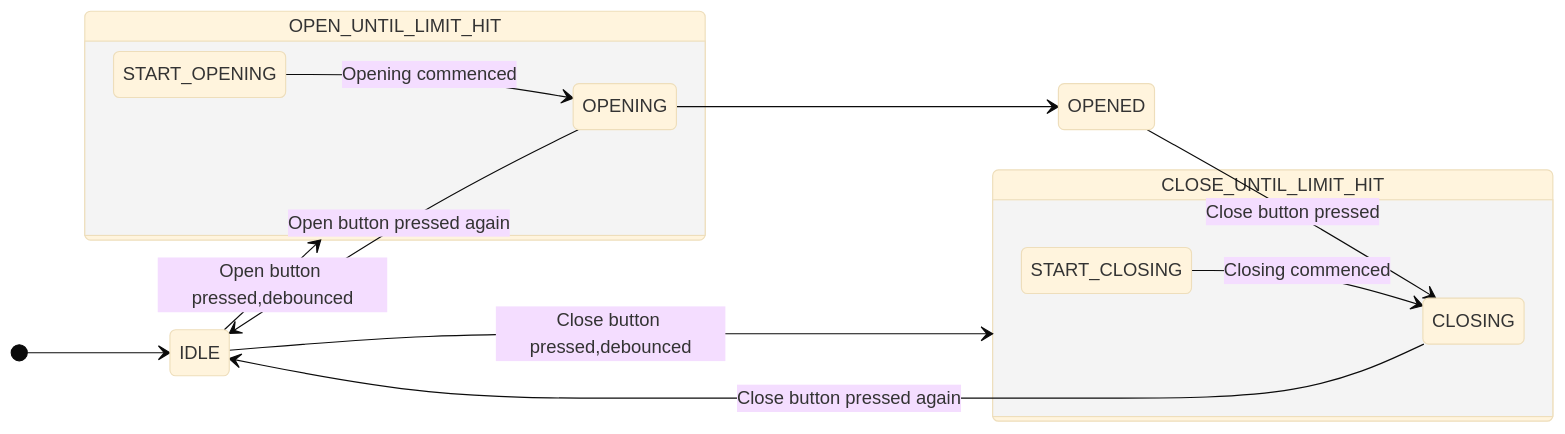
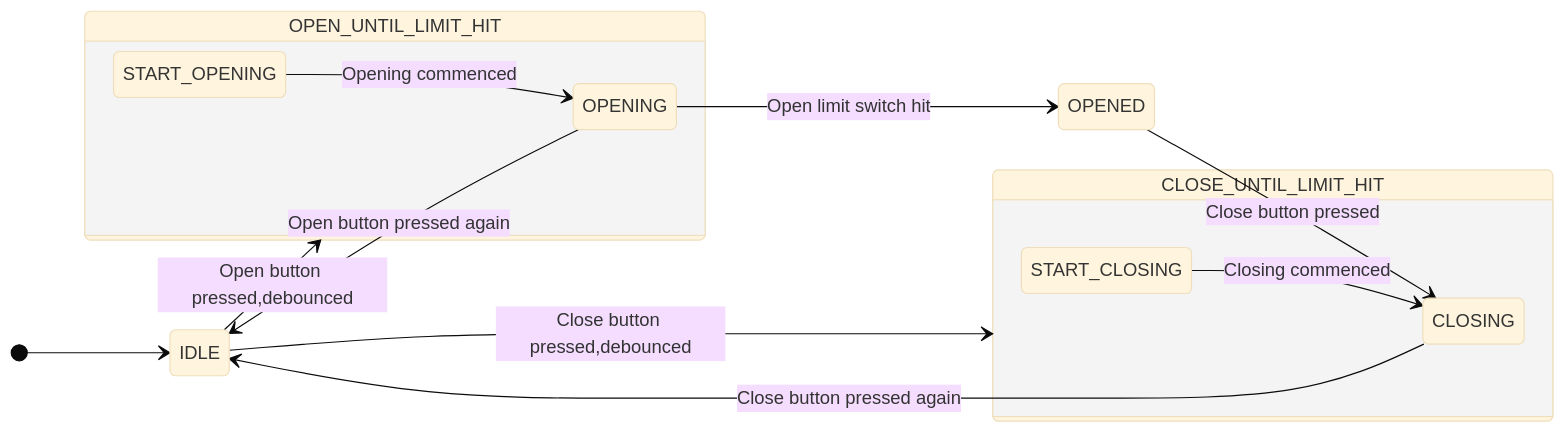
The diagram in john/README.md (microcontrollersig/workshop), drawn with Mermaid (base theme) before and after one commit.

````diff
--- a/john/README.md
+++ b/john/README.md
@@ -6,19 +6,19 @@
 ```mermaid
 stateDiagram
     direction LR
     [*] --> IDLE
     IDLE --> OPEN_UNTIL_LIMIT_HIT: Open button pressed,debounced
     IDLE --> CLOSE_UNTIL_LIMIT_HIT: Close button pressed,debounced
     OPENING --> IDLE: Open button pressed again
     CLOSING --> IDLE: Close button pressed again
-    OPENING --> OPENED
+    OPENING --> OPENED : Open limit switch hit
     OPENED --> CLOSING: Close button pressed
     state OPEN_UNTIL_LIMIT_HIT {
       direction LR
       START_OPENING --> OPENING: Opening commenced
     }
     state CLOSE_UNTIL_LIMIT_HIT {
       direction LR
       START_CLOSING --> CLOSING: Closing commenced
     }    
 ```
````
